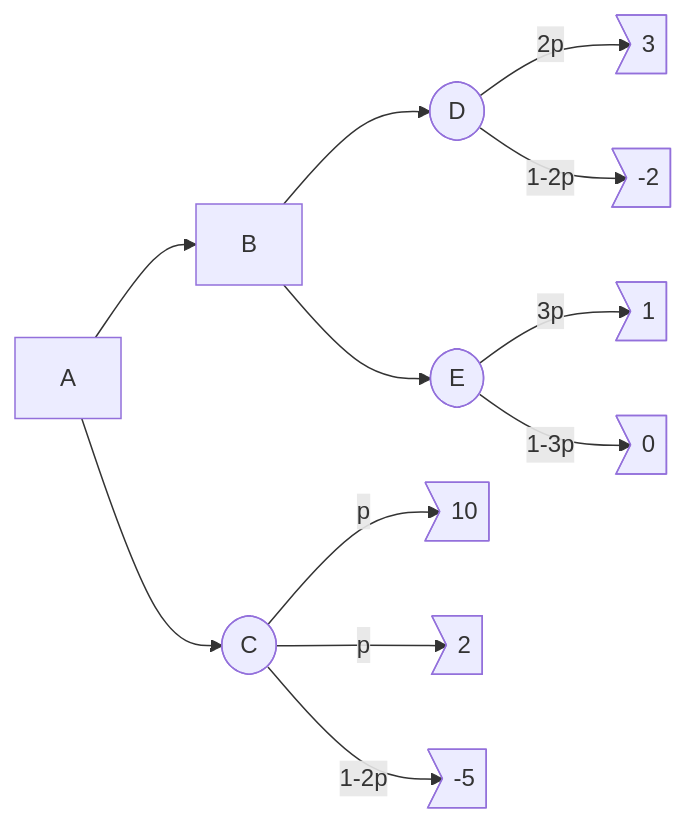
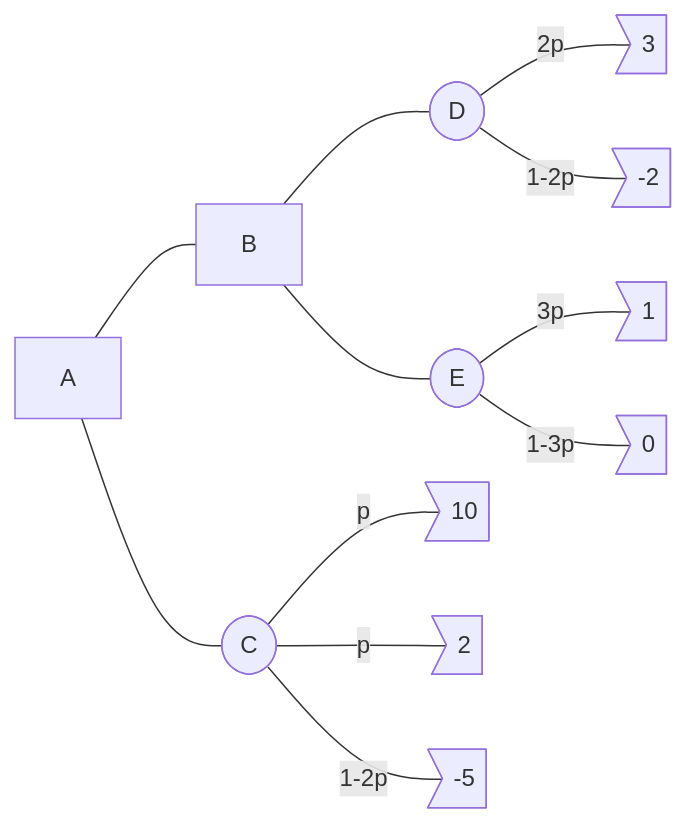
The diagram in zapiski/2020/2020-03-23.md (jaanos/operacijske-raziskave), drawn with Mermaid before and after one commit.

Commit message:
Odstranjene puščice

````diff
--- a/zapiski/2020/2020-03-23.md
+++ b/zapiski/2020/2020-03-23.md
@@ -15,15 +15,15 @@
 ```mermaid
 graph LR
 
-A[A] --> C([C])
-A --> B[B]
-B --> D([D])
-B --> E([E])
-C -- p --> F>10]
-C -- p --> G>2]
-C -- 1-2p --> H>-5]
-D -- 2p --> I>3]
-D -- 1-2p --> J>-2]
-E -- 3p --> K>1]
-E -- 1-3p --> L>0]
+A[A] --- B[B]
+A --- C([C])
+B --- D([D])
+B --- E([E])
+C -- p --- F>10]
+C -- p --- G>2]
+C -- 1-2p --- H>-5]
+D -- 2p --- I>3]
+D -- 1-2p --- J>-2]
+E -- 3p --- K>1]
+E -- 1-3p --- L>0]
 ```
````
